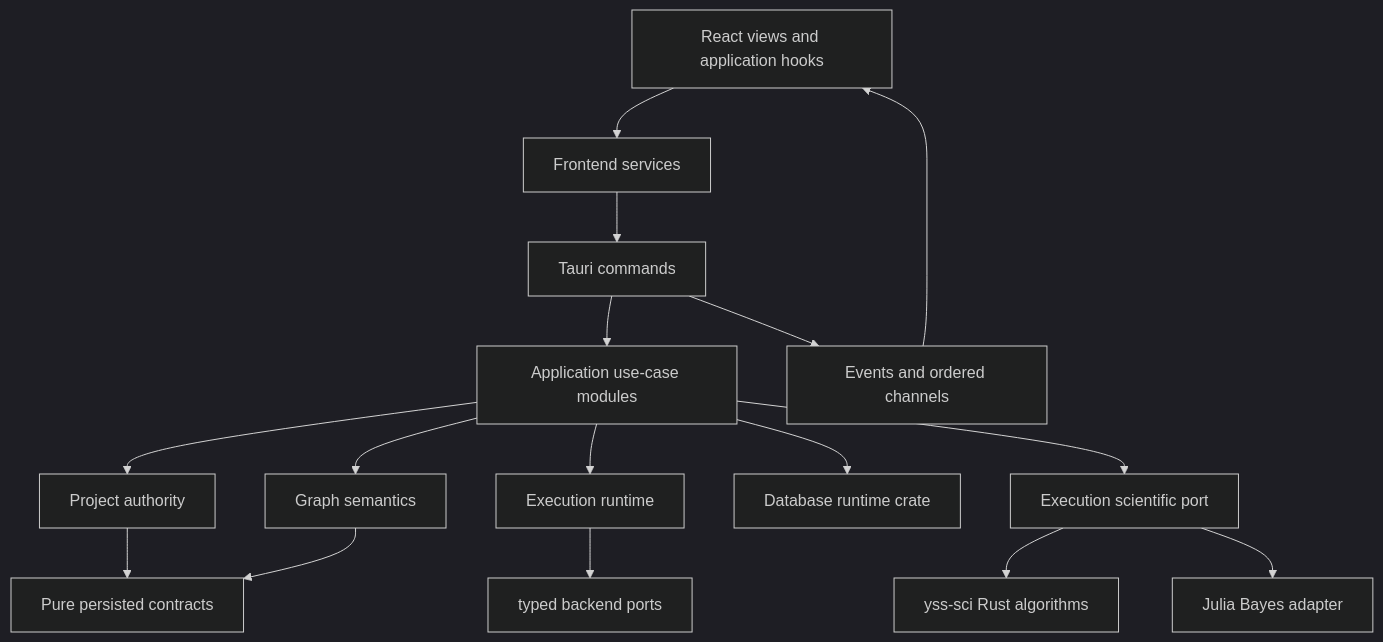
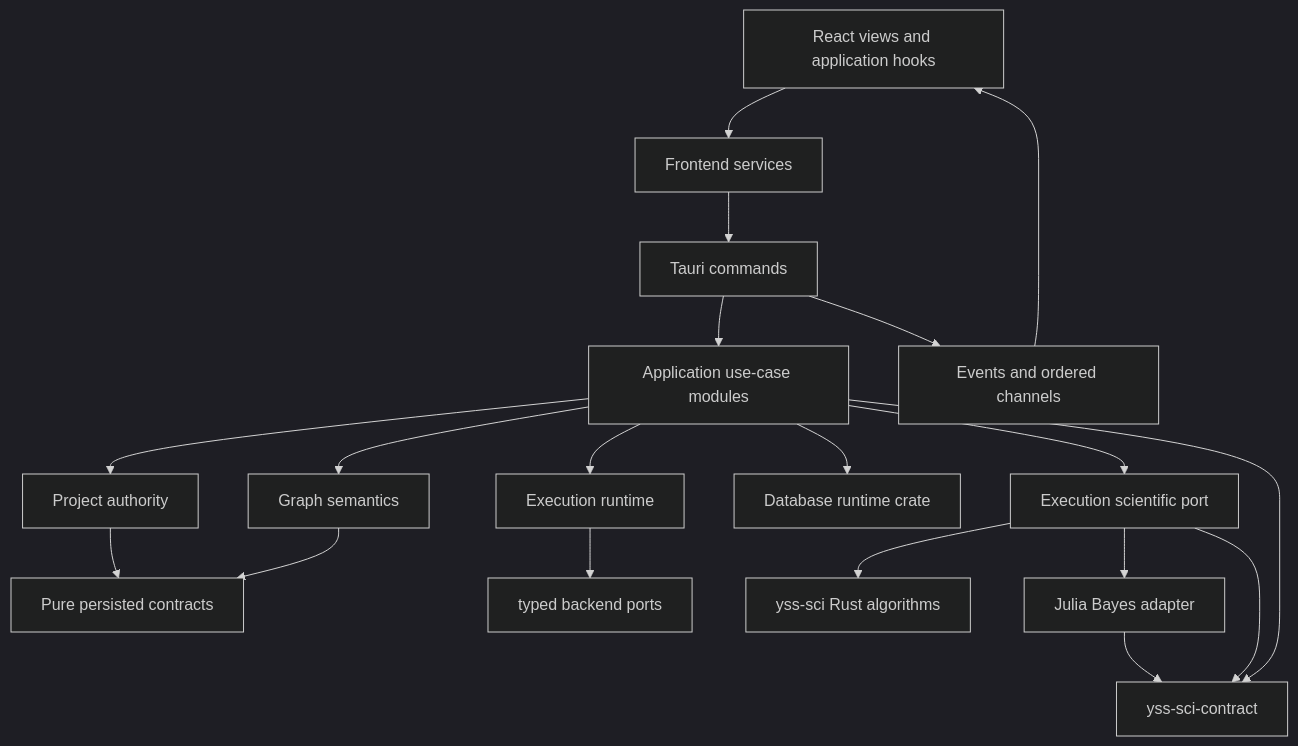
The first of 3 diagrams in docs/architecture/ARCHITECTURE.md (zhouyi207/YssBI), drawn with Mermaid (dark theme) before and after one commit. The commit also changed other lines of this file and 33 other files, not shown here.

Commit message:
refactor(sci): extract yss-sci-contract

````diff
--- a/docs/architecture/ARCHITECTURE.md
+++ b/docs/architecture/ARCHITECTURE.md
@@ -27,18 +28,21 @@
 ```mermaid
 flowchart TD
   UI[React views and application hooks] --> FE[Frontend services]
   FE --> CMD[Tauri commands]
   CMD --> APP[Application use-case modules]
   APP --> PROJECT[Project authority]
   APP --> GRAPH[Graph semantics]
   APP --> EXEC[Execution runtime]
   APP --> DB[Database runtime crate]
   APP --> SCI[Execution scientific port]
   PROJECT --> PURE[Pure persisted contracts]
   GRAPH --> PURE
   EXEC --> PORTS[typed backend ports]
   SCI --> RUSTSCI[yss-sci Rust algorithms]
   SCI --> JULIA[Julia Bayes adapter]
+  APP --> SCICONTRACT[yss-sci-contract]
+  SCI --> SCICONTRACT
+  JULIA --> SCICONTRACT
   CMD --> CHANNEL[Events and ordered channels]
   CHANNEL --> UI
 ```
````
